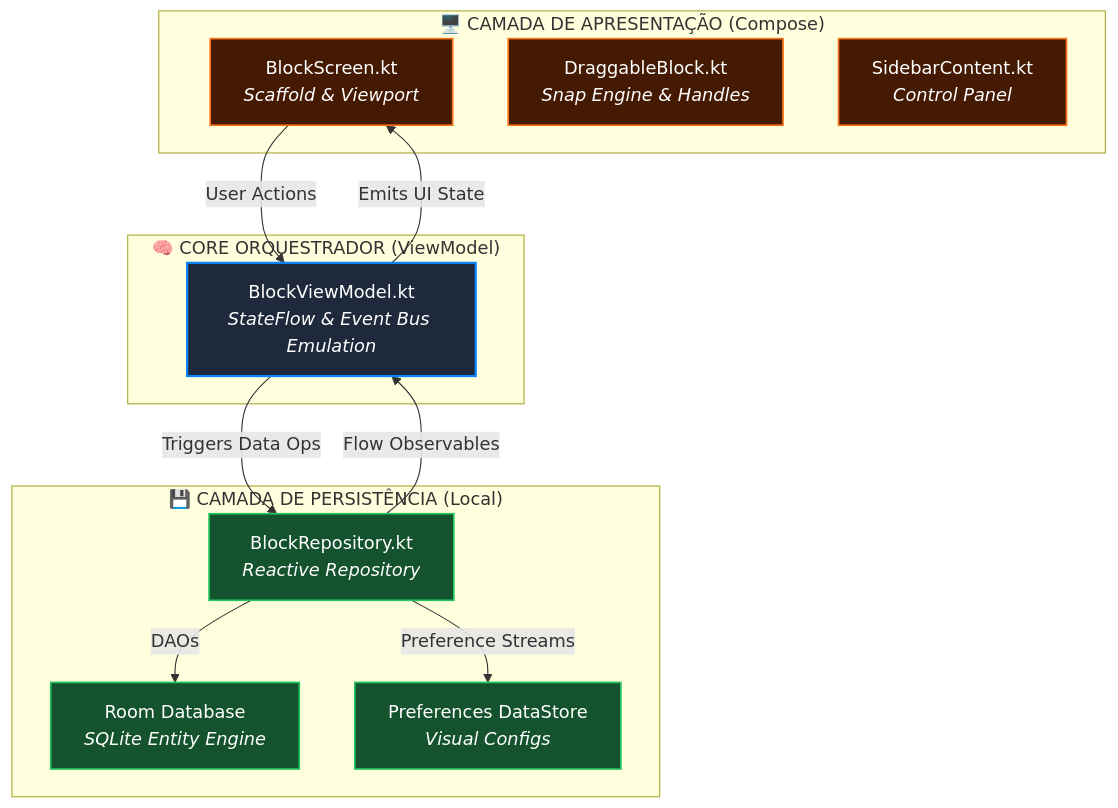
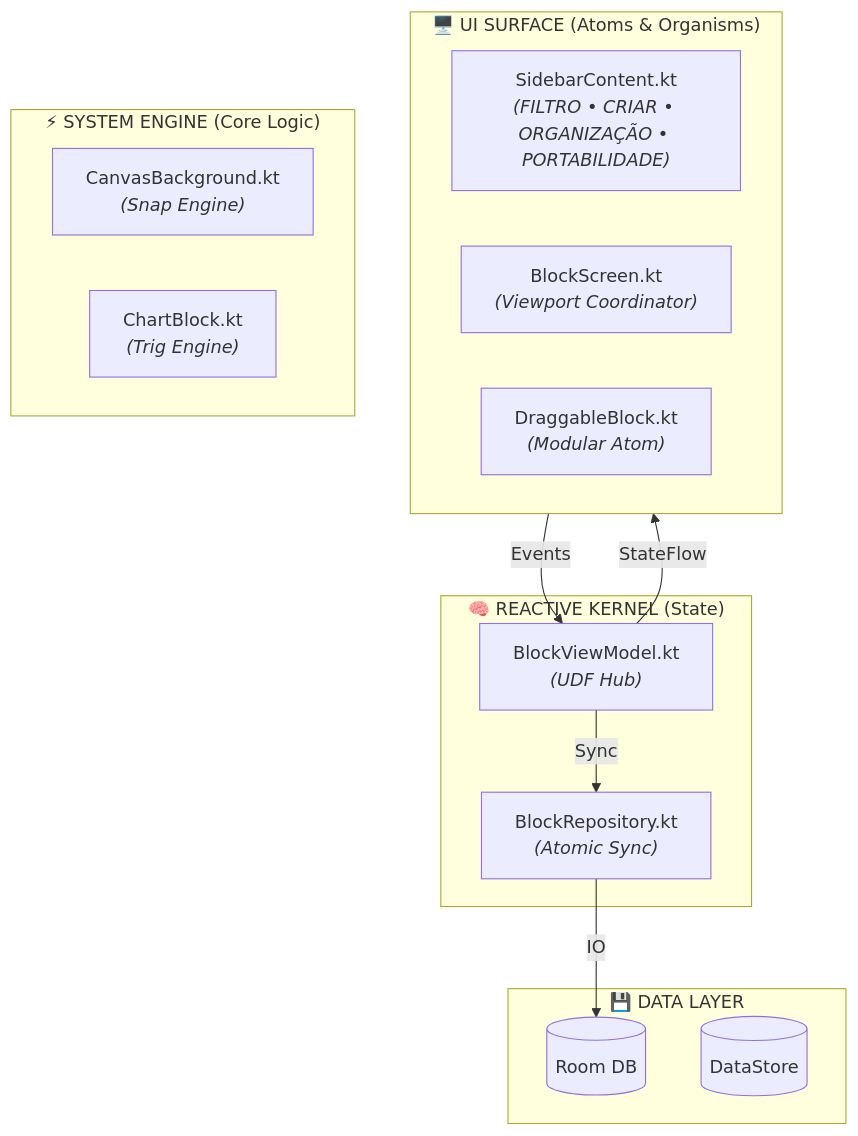
Before and after one commit to SollonSoares/canvas-studio-compose: the diagram in README.md, drawn with Mermaid. The commit also changed other lines of this file and 4 other files, not shown here.

````diff
--- a/README.md
+++ b/README.md
@@ -94,30 +77,28 @@
 ```mermaid
 graph TB
-    %% Estilos
-    classDef uiStyle fill:#451a03,stroke:#f97316,stroke-width:1.5px,color:#fff;
-    classDef vmStyle fill:#1e293b,stroke:#0a84ff,stroke-width:2px,color:#fff;
-    classDef dataStyle fill:#14532d,stroke:#22c55e,stroke-width:1.5px,color:#fff;
-
-    subgraph UI ["🖥️ CAMADA DE APRESENTAÇÃO (Compose)"]
-        Screen["BlockScreen.kt<br/><i>Scaffold & Viewport</i>"]:::uiStyle
-        Draggable["DraggableBlock.kt<br/><i>Snap Engine & Handles</i>"]:::uiStyle
-        Sidebar["SidebarContent.kt<br/><i>Control Panel</i>"]:::uiStyle
+    subgraph UI_Surface ["🖥️ UI SURFACE (Atoms & Organisms)"]
+        Sidebar["SidebarContent.kt<br/><i>(FILTRO • CRIAR • ORGANIZAÇÃO • PORTABILIDADE)</i>"]
+        Canvas["BlockScreen.kt<br/><i>(Viewport Coordinator)</i>"]
+        Blocks["DraggableBlock.kt<br/><i>(Modular Atom)</i>"]
     end
 
-    subgraph VM ["🧠 CORE ORQUESTRADOR (ViewModel)"]
-        BlockVM["BlockViewModel.kt<br/><i>StateFlow & Event Bus Emulation</i>"]:::vmStyle
+    subgraph SYSTEM_ENGINE ["⚡ SYSTEM ENGINE (Core Logic)"]
+        Grid["CanvasBackground.kt<br/><i>(Snap Engine)</i>"]
+        Trig["ChartBlock.kt<br/><i>(Trig Engine)</i>"]
     end
 
-    subgraph DATA ["💾 CAMADA DE PERSISTÊNCIA (Local)"]
-        Repo["BlockRepository.kt<br/><i>Reactive Repository</i>"]:::dataStyle
-        Room["Room Database<br/><i>SQLite Entity Engine</i>"]:::dataStyle
-        PDS["Preferences DataStore<br/><i>Visual Configs</i>"]:::dataStyle
+    subgraph KERNEL ["🧠 REACTIVE KERNEL (State)"]
+        VM["BlockViewModel.kt<br/><i>(UDF Hub)</i>"]
+        Repo["BlockRepository.kt<br/><i>(Atomic Sync)</i>"]
     end
 
-    Screen -->|User Actions| BlockVM
-    BlockVM -->|Emits UI State| Screen
-    BlockVM -->|Triggers Data Ops| Repo
-    Repo -->|Flow Observables| BlockVM
-    Repo -->|DAOs| Room
-    Repo -->|Preference Streams| PDS
+    subgraph PERSISTENCE ["💾 DATA LAYER"]
+        Room[("Room DB")]
+        DS[("DataStore")]
+    end
+
+    VM -->|StateFlow| UI_Surface
+    UI_Surface -->|Events| VM
+    VM -->|Sync| Repo
+    Repo -->|IO| Room
 ```
````
